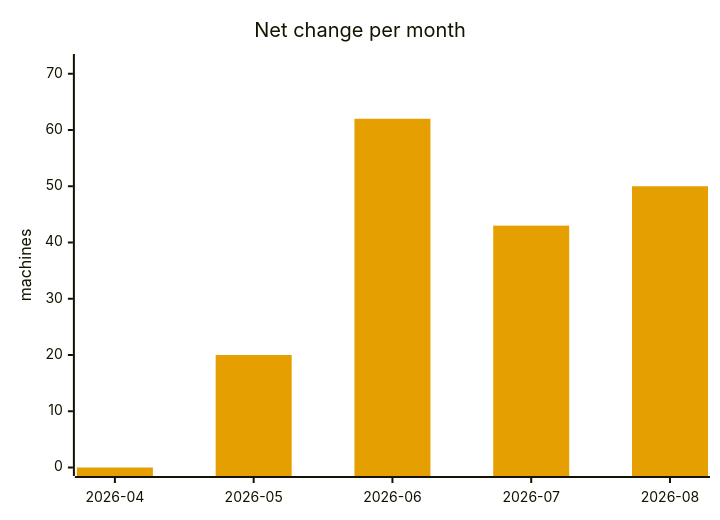
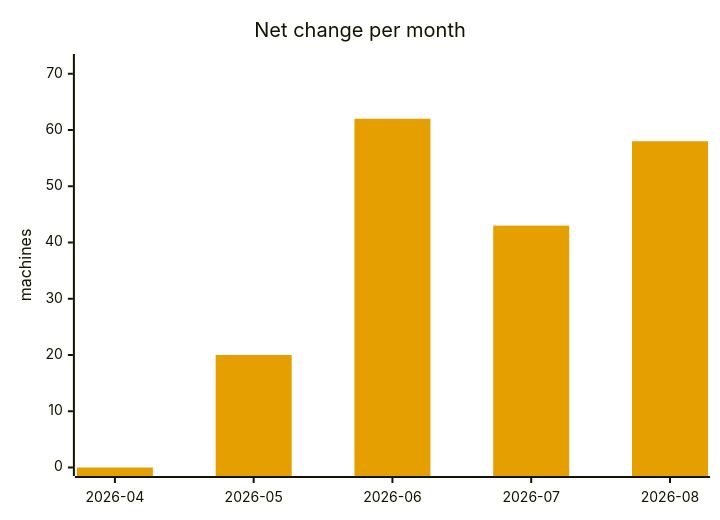
The seventh of 7 diagrams in ANALYSIS.md (cheeaun/returnright-data), drawn with Mermaid before and after one commit. The commit also changed other lines of this file and 3 other files, not shown here.

````diff
--- a/ANALYSIS.md
+++ b/ANALYSIS.md
@@ -306,13 +307,13 @@
 ```mermaid
 ---
 config:
   themeVariables:
     xyChart:
       plotColorPalette: "#E69F00"
 ---
 xychart-beta
     title "Net change per month"
     x-axis ["2026-04", "2026-05", "2026-06", "2026-07", "2026-08"]
     y-axis "machines" 0 --> 72
-    bar [0, 20, 62, 43, 50]
+    bar [0, 20, 62, 43, 58]
 ```
````
